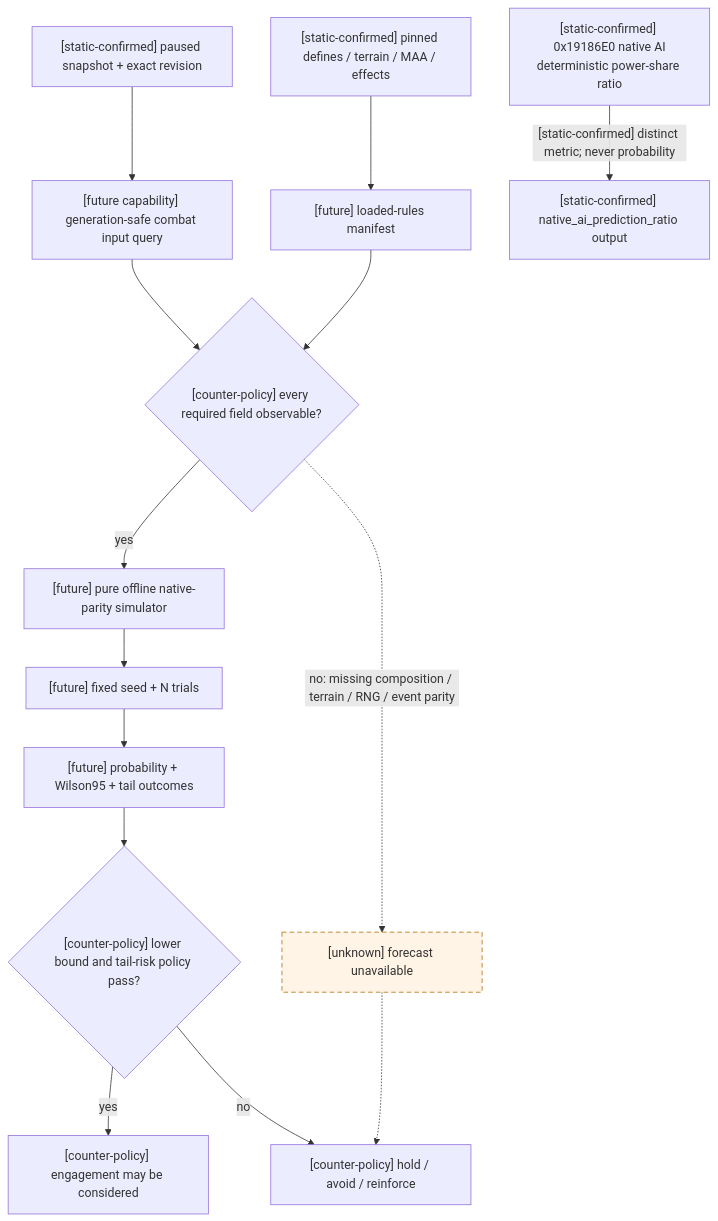
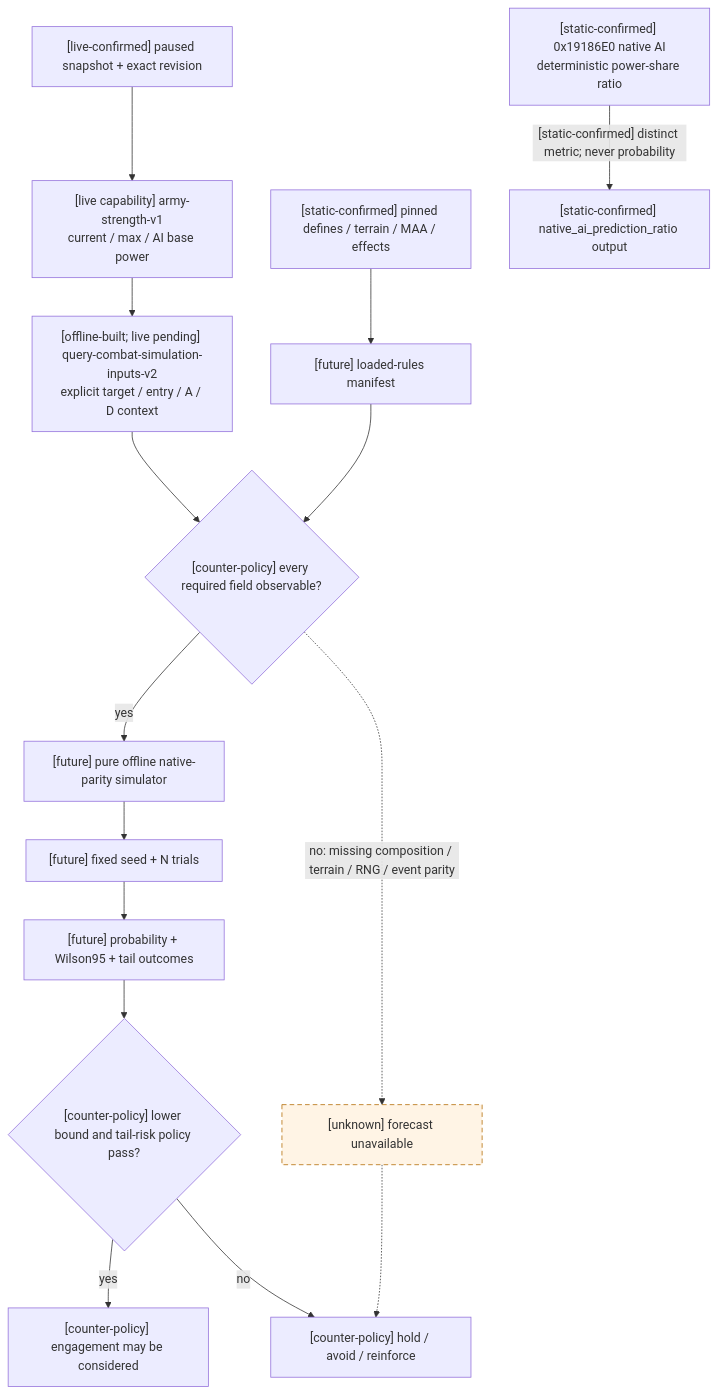
One commit to XenoAmess/ck3_eternal_recurrence changed the tenth of 12 diagrams in docs/ck3-native-ai/combat-simulation-inputs.md. Above: the diagram before and after it, drawn with Mermaid. The commit also changed other lines of this file and 183 other files, not shown here.

````diff
--- a/docs/ck3-native-ai/combat-simulation-inputs.md
+++ b/docs/ck3-native-ai/combat-simulation-inputs.md
@@ -263,18 +1448,19 @@
 ```mermaid
 flowchart TD
-    P["[static-confirmed] paused snapshot + exact revision"] --> Q["[future capability] generation-safe combat input query"]
+    P["[live-confirmed] paused snapshot + exact revision"] --> A["[live capability] army-strength-v1<br/>current / max / AI base power"]
+    A --> Q["[offline-built; live pending] query-combat-simulation-inputs-v2<br/>explicit target / entry / A / D context"]
     D["[static-confirmed] pinned defines / terrain / MAA / effects"] --> M["[future] loaded-rules manifest"]
     Q --> G{"[counter-policy] every required field observable?"}
     M --> G
     G -->|yes| S["[future] pure offline native-parity simulator"]
     S --> MC["[future] fixed seed + N trials"]
     MC --> CI["[future] probability + Wilson95 + tail outcomes"]
-    CI --> A{"[counter-policy] lower bound and tail-risk policy pass?"}
-    A -->|yes| E["[counter-policy] engagement may be considered"]
-    A -->|no| H["[counter-policy] hold / avoid / reinforce"]
+    CI --> V{"[counter-policy] lower bound and tail-risk policy pass?"}
+    V -->|yes| E["[counter-policy] engagement may be considered"]
+    V -->|no| H["[counter-policy] hold / avoid / reinforce"]
     G -. "no: missing composition / terrain / RNG / event parity" .-> U["[unknown] forecast unavailable"]
     U -.-> H
     R["[static-confirmed] 0x19186E0 native AI<br/>deterministic power-share ratio"] -->|"[static-confirmed] distinct metric; never probability"| RP["[static-confirmed] native_ai_prediction_ratio output"]
     classDef unknown stroke-dasharray: 6 4,fill:#fff4e5,stroke:#b36b00;
     class U unknown;
 ```
````
